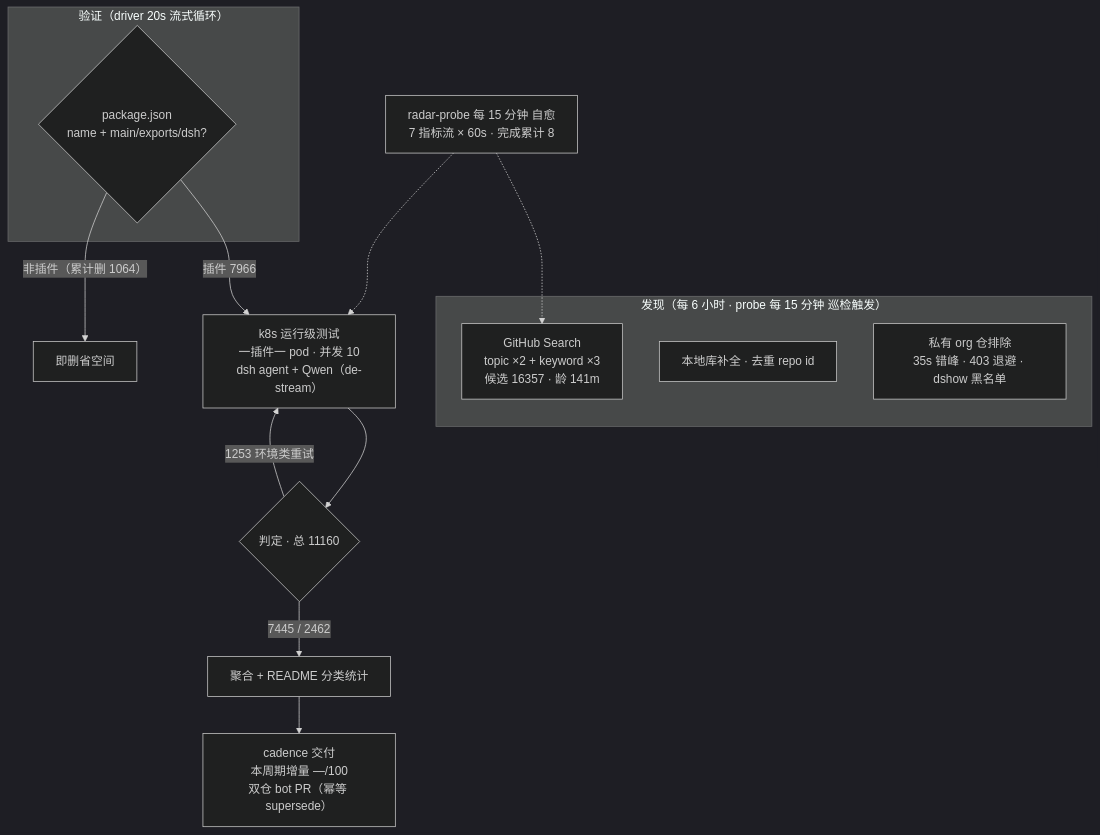
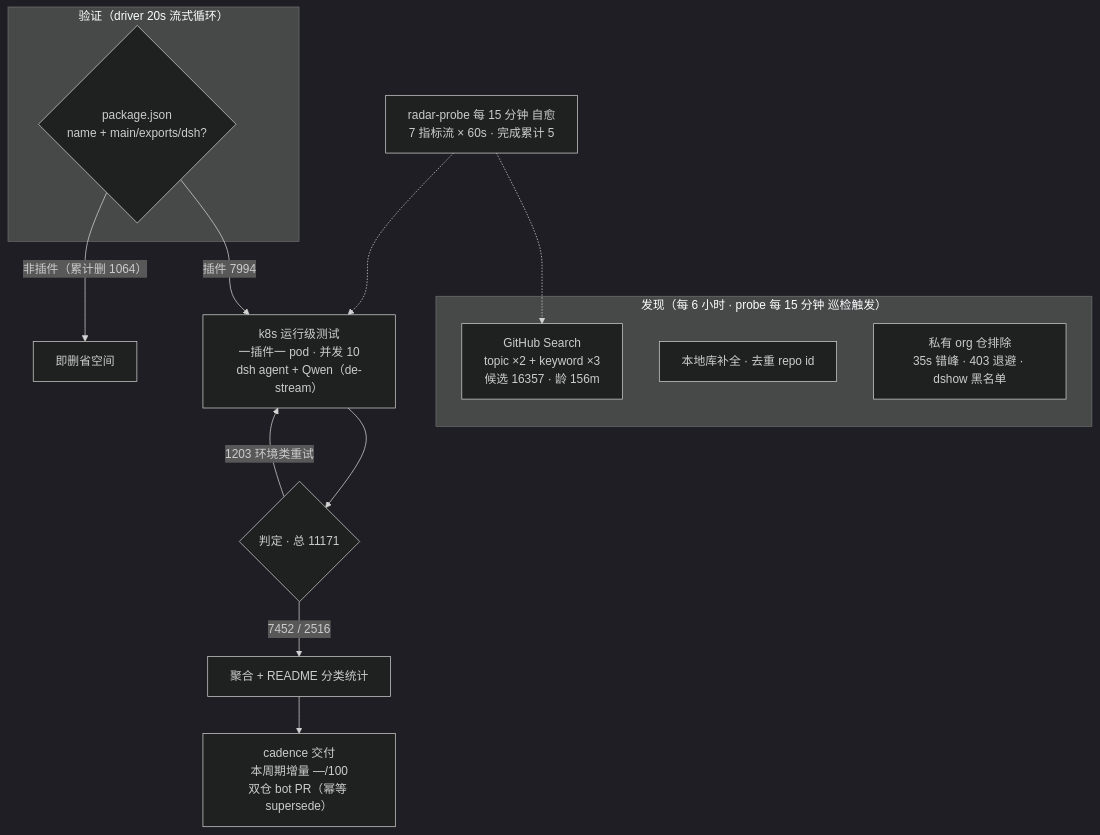
The diagram in README.md (Zhidao-Lab-OSS/awesome-dsh-plugins), drawn with Mermaid (dark theme) before and after one commit. The commit also changed other lines of this file and 1 other file, not shown here.

````diff
--- a/README.md
+++ b/README.md
@@ -52,20 +52,20 @@
 ```mermaid
 flowchart TB
     subgraph Discovery["发现（每 6 小时 · probe 每 15 分钟 巡检触发）"]
-        A1["GitHub Search<br/>topic ×2 + keyword ×3<br/>候选 16357 · 龄 141m"]
+        A1["GitHub Search<br/>topic ×2 + keyword ×3<br/>候选 16357 · 龄 156m"]
         A2["本地库补全 · 去重 repo id"]
         A3["私有 org 仓排除<br/>35s 错峰 · 403 退避 · dshow 黑名单"]
     end
     subgraph Validation["验证（driver 20s 流式循环）"]
         B1{"package.json<br/>name + main/exports/dsh?"}
     end
-    B1 -->|"插件 7966"| C1["k8s 运行级测试<br/>一插件一 pod · 并发 10<br/>dsh agent + Qwen（de-stream）"]
+    B1 -->|"插件 7994"| C1["k8s 运行级测试<br/>一插件一 pod · 并发 10<br/>dsh agent + Qwen（de-stream）"]
     B1 -->|"非插件（累计删 1064）"| B3["即删省空间"]
-    C1 --> D1{"判定 · 总 11160"}
-    D1 -->|"7445 / 2462"| E1["聚合 + README 分类统计"]
-    D1 -->|"1253 环境类重试"| C1
+    C1 --> D1{"判定 · 总 11171"}
+    D1 -->|"7452 / 2516"| E1["聚合 + README 分类统计"]
+    D1 -->|"1203 环境类重试"| C1
     E1 --> E2["cadence 交付<br/>本周期增量 —/100<br/>双仓 bot PR（幂等 supersede）"]
-    M["radar-probe 每 15 分钟 自愈<br/>7 指标流 × 60s · 完成累计 8"]
+    M["radar-probe 每 15 分钟 自愈<br/>7 指标流 × 60s · 完成累计 5"]
     M -.-> A1
     M -.-> C1
 ```
````
